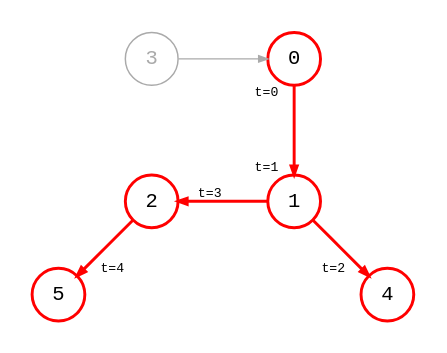
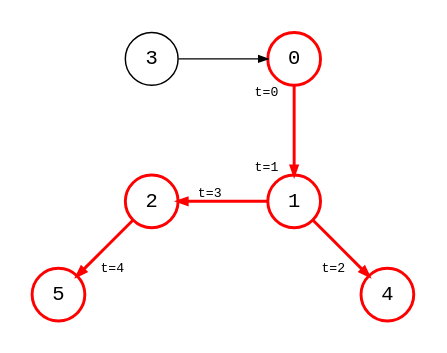
One commit to bsdrks/graaf-images changed the diagram in src/dfs_1.dot. Above: the diagram before and after it, drawn with Graphviz. The commit also changed 168 other files, not shown here.

```diff
--- a/src/dfs_1.dot
+++ b/src/dfs_1.dot
@@ -1,19 +1,19 @@
 digraph {
     node [shape=circle, fontname="monospace"];
     edge [arrowsize=0.6, fontname="monospace", fontsize=9];
     layout=circo;
     scale=1.0;
     normalize=true;
     pad=0.2;
     splines=line
 
-    3 [color="#aaaaaa", fontcolor="#aaaaaa"];
+    3 [color="#bbb", fontcolor="#bbb"];
     0, 1, 2, 4, 5 [style=bold, color=red];
 
     0 -> 1 [style=bold, color=red, headlabel="t=1  ", taillabel="t=0  "];
-    3 -> 0 [color="#aaaaaa"];
+    3 -> 0 [color="#bbb"];
     1 -> 2 [style=bold, color=red, headlabel="   t=3"];
     2 -> 3 [style=invis];
     1 -> 4 [style=bold, color=red, headlabel="t=2   "];
     2 -> 5 [style=bold, color=red, headlabel="   t=4 "];
 }
```
